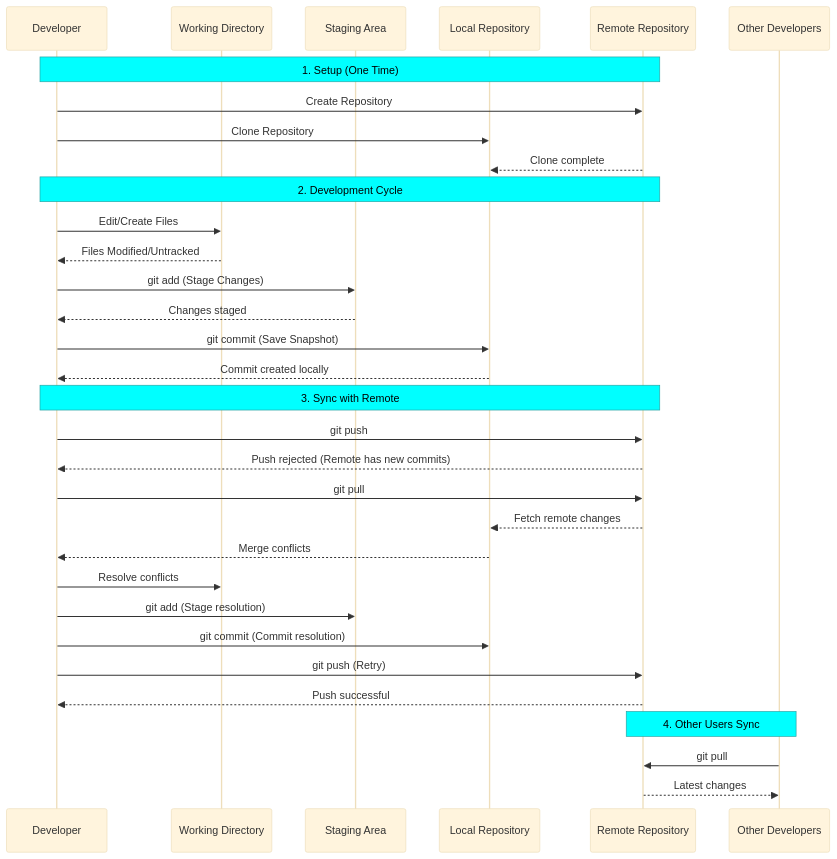
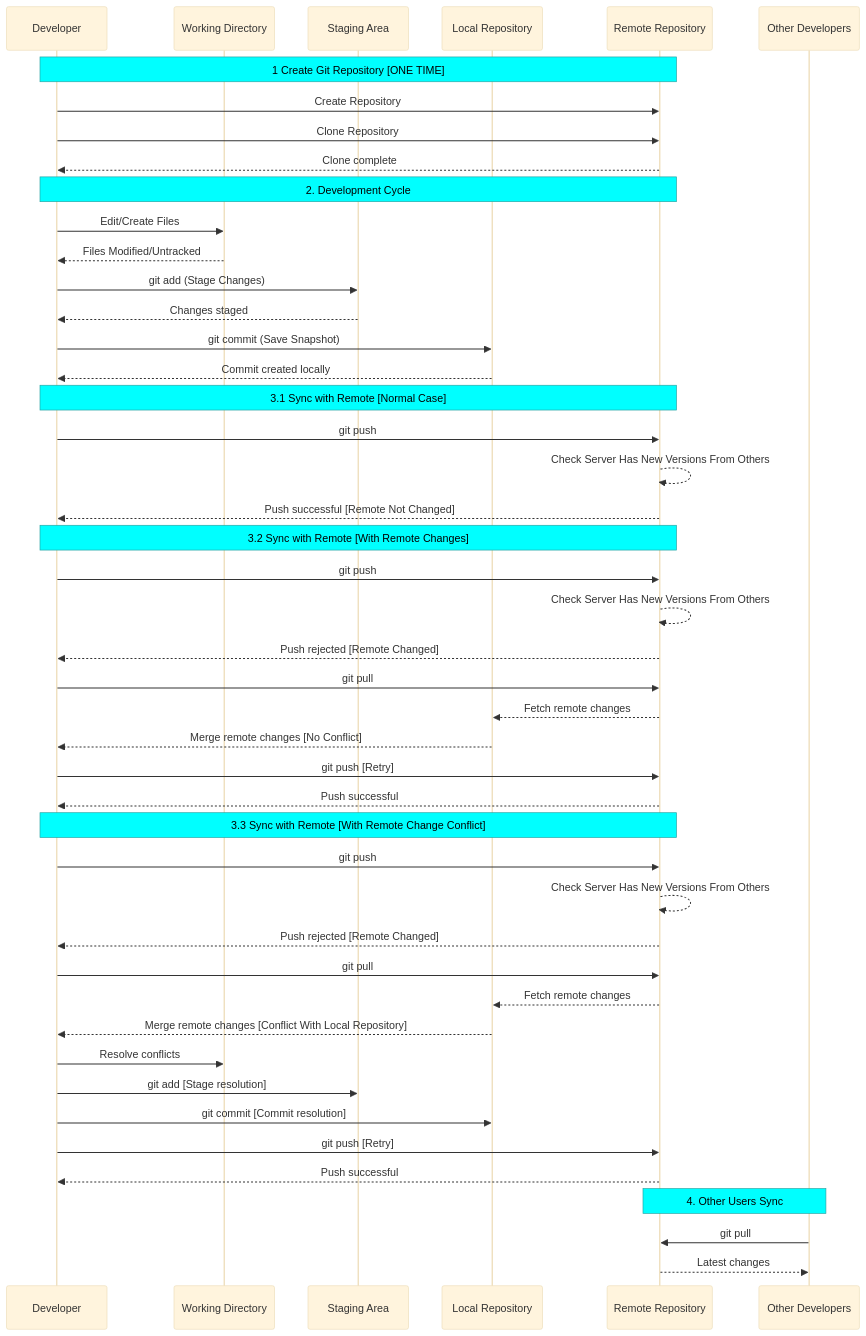
One commit to arunnambyar/tutorials changed the diagram in git/docs/005_git_lifecycle.md. Above: the diagram before and after it, drawn with Mermaid. The commit also changed other lines of this file, not shown here.

Commit message:
Git life cycle related modifications

````diff
--- a/git/docs/005_git_lifecycle.md
+++ b/git/docs/005_git_lifecycle.md
@@ -3,41 +3,57 @@
 ```mermaid
 %%{init: {'theme':'base', 'themeVariables': { 'noteBkgColor':'#00FFFF', 'noteTextColor':'#000000', 'background':'#FFFFFF'}}}%%
 sequenceDiagram
     participant Dev as Developer
     participant WD as Working Directory
     participant SA as Staging Area
     participant LR as Local Repository
     participant RR as Remote Repository
     participant Other as Other Developers
 
-    Note over Dev,RR: 1. Setup (One Time)
+    Note over Dev,RR: 1 Create Git Repository [ONE TIME]
     Dev->>RR: Create Repository
-    Dev->>LR: Clone Repository
-    RR-->>LR: Clone complete
+    Dev->>RR: Clone Repository
+    RR-->>Dev: Clone complete
     
     Note over Dev,RR: 2. Development Cycle
     Dev->>WD: Edit/Create Files
     WD-->>Dev: Files Modified/Untracked
     
     Dev->>SA: git add (Stage Changes)
     SA-->>Dev: Changes staged
     
     Dev->>LR: git commit (Save Snapshot)
     LR-->>Dev: Commit created locally
     
-    Note over Dev,RR: 3. Sync with Remote
+    Note over Dev,RR: 3.1 Sync with Remote [Normal Case]
     Dev->>RR: git push
-    RR-->>Dev: Push rejected (Remote has new commits)
+    RR-->>RR: Check Server Has New Versions From Others
+    RR-->>Dev: Push successful [Remote Not Changed]
+    
+    Note over Dev,RR: 3.2 Sync with Remote [With Remote Changes]
+    Dev->>RR: git push
+    RR-->>RR: Check Server Has New Versions From Others
+    RR-->>Dev: Push rejected [Remote Changed]
     Dev->>RR: git pull
     RR-->>LR: Fetch remote changes
-    LR-->>Dev: Merge conflicts
+    LR-->>Dev: Merge remote changes [No Conflict]
+    Dev->>RR: git push [Retry]
+    RR-->>Dev: Push successful
+    
+    Note over Dev,RR: 3.3 Sync with Remote [With Remote Change Conflict]
+    Dev->>RR: git push
+    RR-->>RR: Check Server Has New Versions From Others
+    RR-->>Dev: Push rejected [Remote Changed]
+    Dev->>RR: git pull
+    RR-->>LR: Fetch remote changes
+    LR-->>Dev: Merge remote changes [Conflict With Local Repository]
     Dev->>WD: Resolve conflicts
-    Dev->>SA: git add (Stage resolution)
-    Dev->>LR: git commit (Commit resolution)
-    Dev->>RR: git push (Retry)
+    Dev->>SA: git add [Stage resolution]
+    Dev->>LR: git commit [Commit resolution]
+    Dev->>RR: git push [Retry]
     RR-->>Dev: Push successful
     
     Note over Other,RR: 4. Other Users Sync
     Other->>RR: git pull
     RR-->>Other: Latest changes
 ```
````
